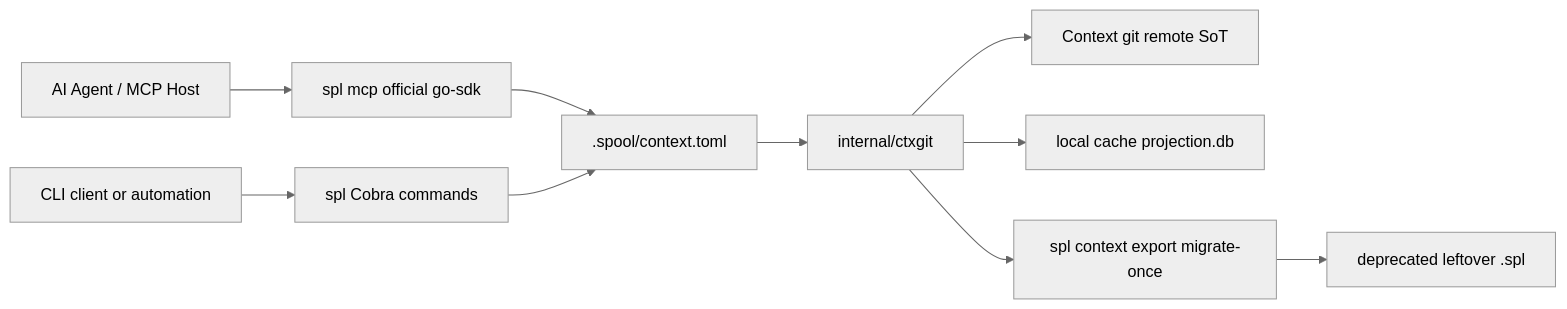
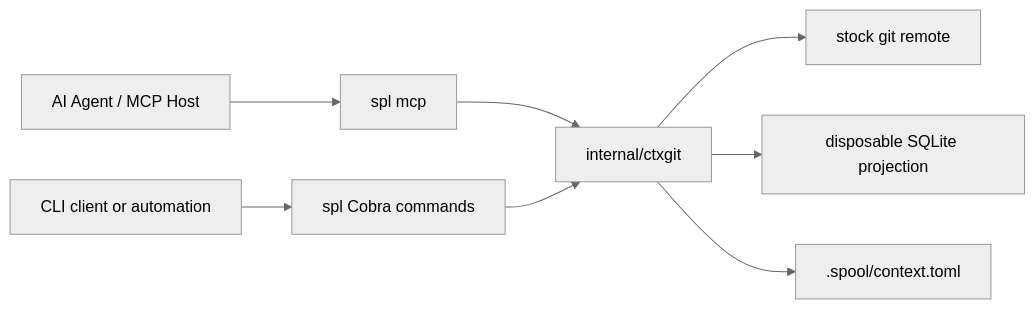
The diagram in docs/architecture.md (autonomous-bits/spool), drawn with Mermaid (neutral theme) before and after one commit. The commit also changed other lines of this file and 129 other files, not shown here.

First line of the commit message:
Cut CLI/MCP to KEEP context-git surface

````diff
--- a/docs/architecture.md
+++ b/docs/architecture.md
@@ -30,12 +13,10 @@
 ```mermaid
 flowchart LR
-    Agent[AI Agent / MCP Host] --> MCP[spl mcp official go-sdk]
+    Agent[AI Agent / MCP Host] --> MCP[spl mcp]
     Client[CLI client or automation] --> CLI[spl Cobra commands]
-    MCP --> Bind[".spool/context.toml"]
-    CLI --> Bind
-    Bind --> CtxGit[internal/ctxgit]
-    CtxGit --> GitRemote["Context git remote SoT"]
-    CtxGit --> Projection["local cache projection.db"]
-    CtxGit --> Export["spl context export migrate-once"]
-    Export --> Legacy["deprecated leftover .spl"]
+    MCP --> Ctxgit[internal/ctxgit]
+    CLI --> Ctxgit
+    Ctxgit --> Git[stock git remote]
+    Ctxgit --> Projection[disposable SQLite projection]
+    Ctxgit --> Bind[".spool/context.toml"]
 ```
````
